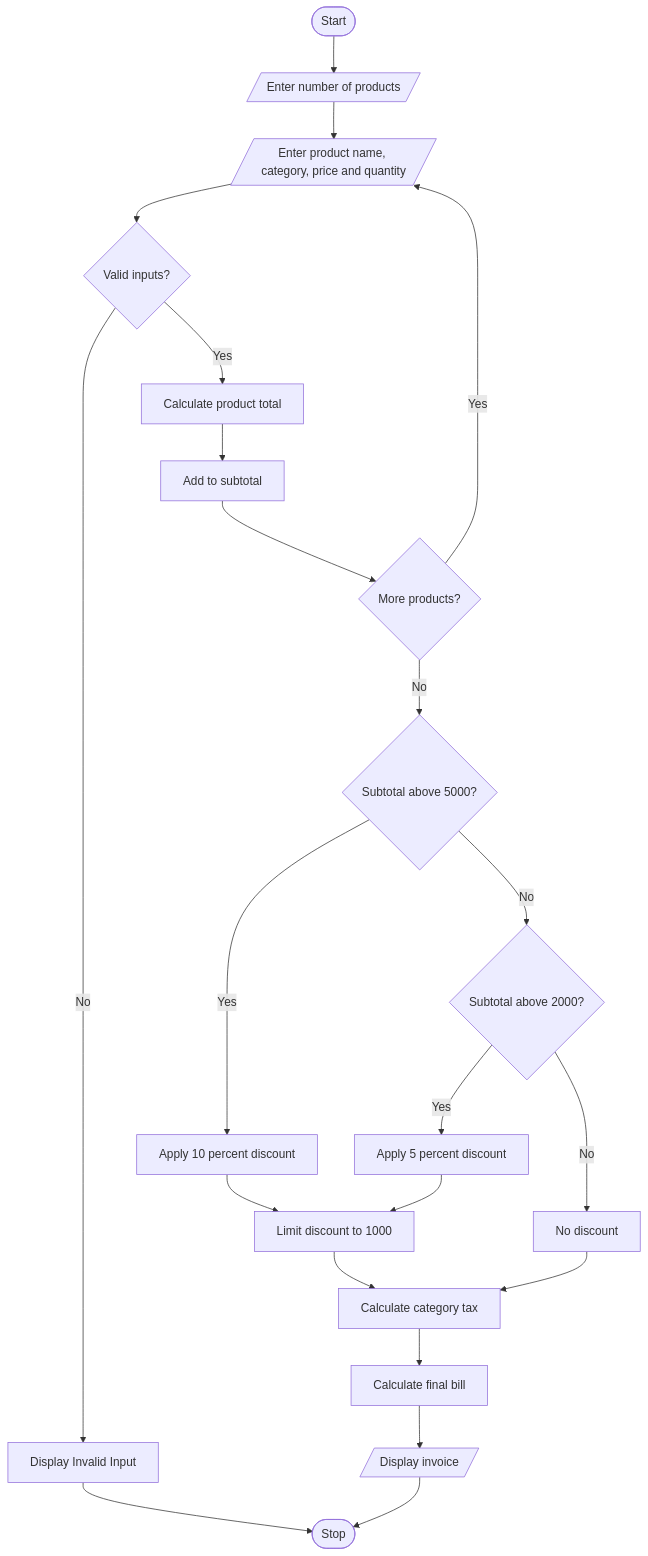
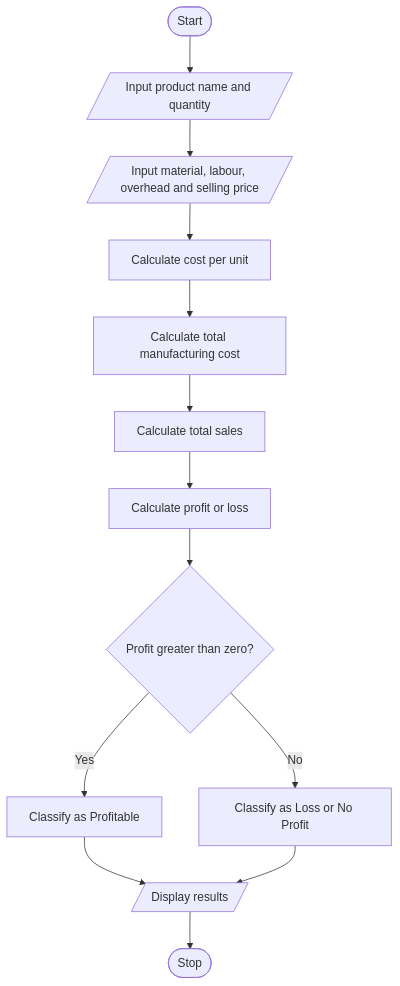
Before and after one commit to Nimmakurilokesh/Python_Activity_Based_Learning: the diagram in Task 1/Task 2/Task 3/Task 4/Task 5/Task 6/Task 7/Task 8/Task 8.md, drawn with Mermaid.

Commit message:
Task 8.md

````diff
--- a/Task 1/Task 2/Task 3/Task 4/Task 5/Task 6/Task 7/Task 8/Task 8.md
+++ b/Task 1/Task 2/Task 3/Task 4/Task 5/Task 6/Task 7/Task 8/Task 8.md
@@ -16,26 +16,18 @@
   ```mermaid
-   
+
+
 flowchart TD
-    A([Start]) --> B[/Enter number of products/]
-    B --> C[/Enter product name, category, price and quantity/]
-    C --> D{Valid inputs?}
-    D -- No --> E[Display Invalid Input]
-    D -- Yes --> F[Calculate product total]
-    F --> G[Add to subtotal]
-    G --> H{More products?}
-    H -- Yes --> C
-    H -- No --> I{Subtotal above 5000?}
-    I -- Yes --> J[Apply 10 percent discount]
-    I -- No --> K{Subtotal above 2000?}
-    K -- Yes --> L[Apply 5 percent discount]
-    K -- No --> M[No discount]
-    J --> N[Limit discount to 1000]
-    L --> N
-    M --> O[Calculate category tax]
-    N --> O
-    O --> P[Calculate final bill]
-    P --> Q[/Display invoice/]
-    E --> R([Stop])
-    Q --> R
+    A([Start]) --> B[/Input product name and quantity/]
+    B --> C[/Input material, labour, overhead and selling price/]
+    C --> D[Calculate cost per unit]
+    D --> E[Calculate total manufacturing cost]
+    E --> F[Calculate total sales]
+    F --> G[Calculate profit or loss]
+    G --> H{Profit greater than zero?}
+    H -- Yes --> I[Classify as Profitable]
+    H -- No --> J[Classify as Loss or No Profit]
+    I --> K[/Display results/]
+    J --> K
+    K --> L([Stop])    
 
   ```
````
